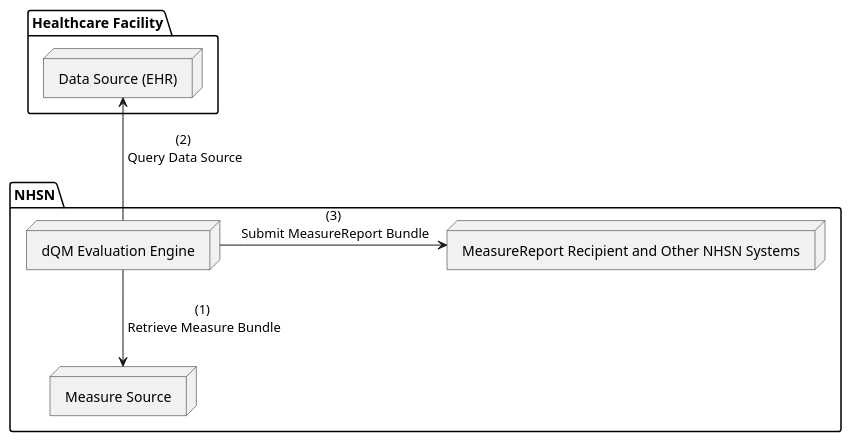
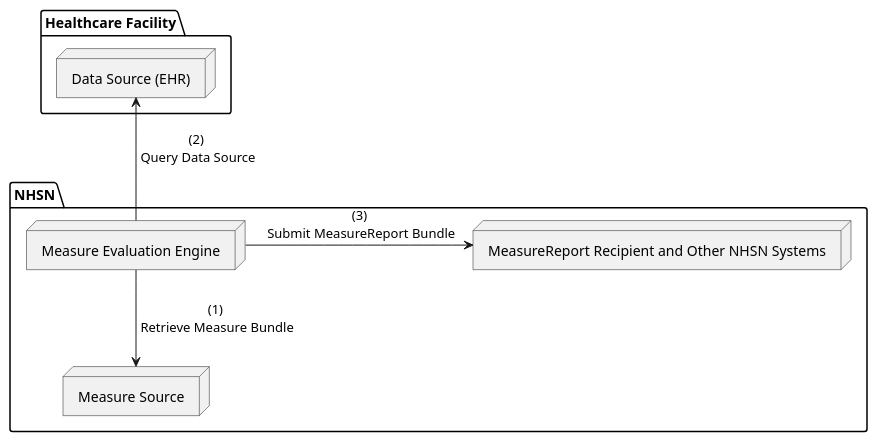
One commit to HL7/us-safr changed the diagram in input/images-source/usfr-1.plantuml. Above: the diagram before and after it, drawn with PlantUML. The commit also changed 2 other files, not shown here.

```diff
--- a/input/images-source/usfr-1.plantuml
+++ b/input/images-source/usfr-1.plantuml
@@ -1,18 +1,18 @@
 @startuml
 
 package "Healthcare Facility" {
     node "Data Source (EHR)" as EHR
 }
 
 package "NHSN" {
-    node "dQM Evaluation Engine" as dQM
+    node "Measure Evaluation Engine" as MEE
     node "Measure Source" as MS
     node "MeasureReport Recipient and Other NHSN Systems" as Recipient
 }
 
-EHR <-- dQM : (2)\n Query Data Source
-dQM -down-> MS : (1)\n Retrieve Measure Bundle
-dQM -right-> Recipient : (3)\n Submit MeasureReport Bundle
+EHR <-- MEE : (2)\n Query Data Source
+MEE -down-> MS : (1)\n Retrieve Measure Bundle
+MEE -right-> Recipient : (3)\n Submit MeasureReport Bundle
 
 
 @enduml
```
